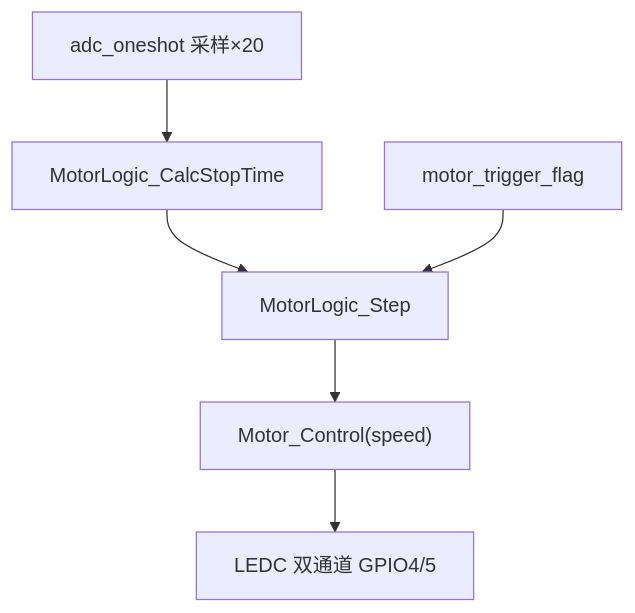
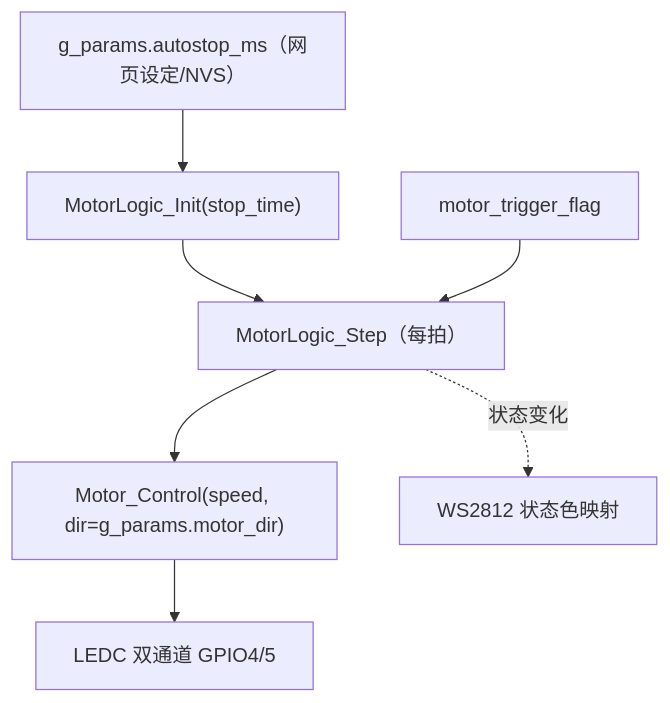
The second of 3 diagrams in docs/知识库/esp32_tts_rtos/08_数据流与控制流.md (KNedwin/stm32-esp32-ai-test-car), drawn with Mermaid before and after one commit. The commit also changed other lines of this file and 205 other files, not shown here.

````diff
--- a/docs/知识库/esp32_tts_rtos/08_数据流与控制流.md
+++ b/docs/知识库/esp32_tts_rtos/08_数据流与控制流.md
@@ -17,8 +17,9 @@
 ```mermaid
 flowchart TD
-    ADC["adc_oneshot 采样×20"] --> CT["MotorLogic_CalcStopTime"]
-    CT --> S["MotorLogic_Step"]
+    AS["g_params.autostop_ms（网页设定/NVS）"] --> I["MotorLogic_Init(stop_time)"]
+    I --> S["MotorLogic_Step（每拍）"]
     TF["motor_trigger_flag"] --> S
-    S --> MC["Motor_Control(speed)"]
+    S --> MC["Motor_Control(speed, dir=g_params.motor_dir)"]
     MC --> PWM["LEDC 双通道 GPIO4/5"]
+    S -.状态变化.-> RGB["WS2812 状态色映射"]
 ```
````
